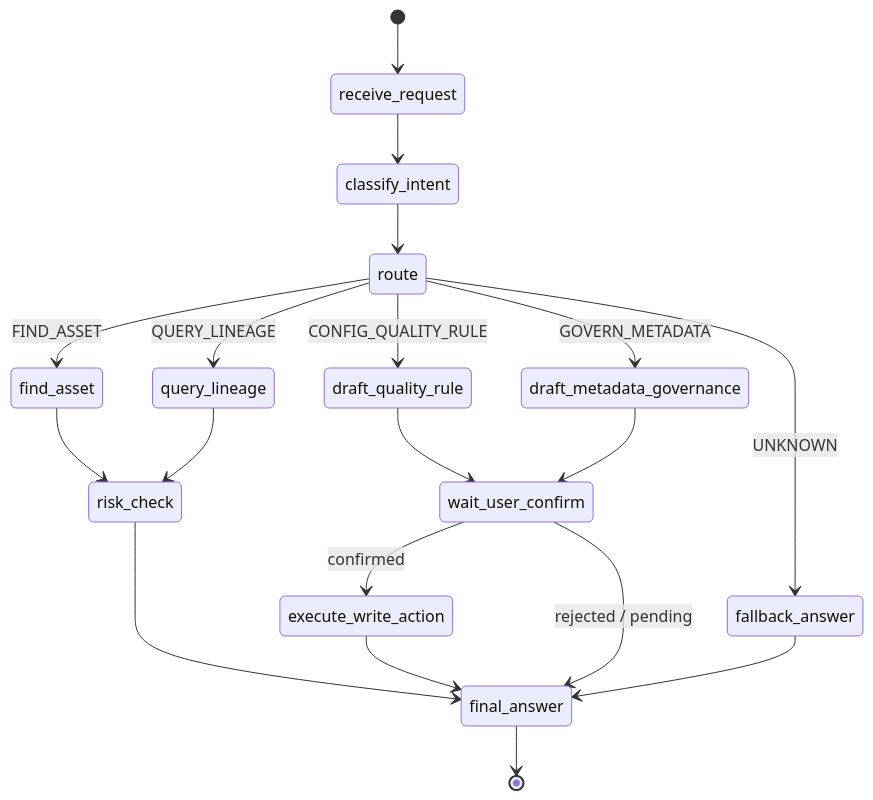
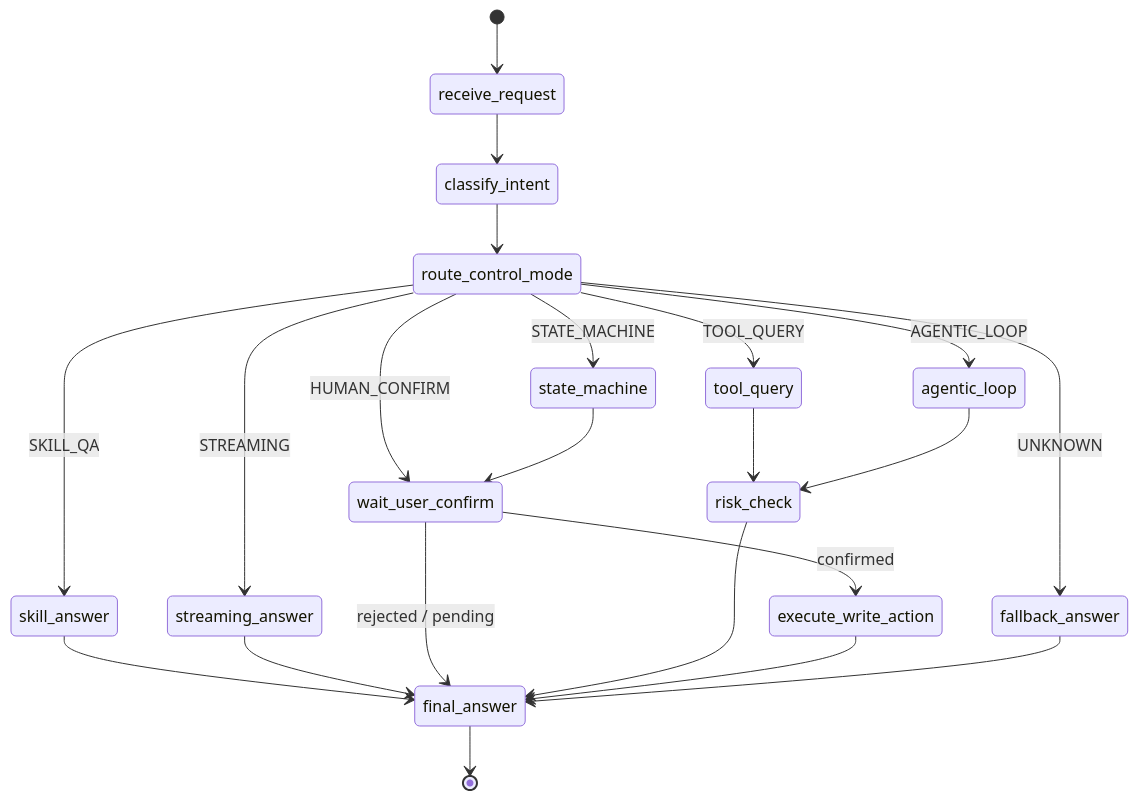
Before and after one commit to ShaneLiu001/dataasset: the fourth of 8 diagrams in 数据资产助手/06-架构设计/01-数据资产助手技术架构设计.md, drawn with Mermaid. The commit also changed other lines of this file and 11 other files, not shown here.

````diff
--- a/数据资产助手/06-架构设计/01-数据资产助手技术架构设计.md
+++ b/数据资产助手/06-架构设计/01-数据资产助手技术架构设计.md
@@ -200,25 +218,28 @@
 ```mermaid
 stateDiagram-v2
   [*] --> receive_request
   receive_request --> classify_intent
-  classify_intent --> route
+  classify_intent --> route_control_mode
 
-  route --> find_asset: FIND_ASSET
-  route --> query_lineage: QUERY_LINEAGE
-  route --> draft_quality_rule: CONFIG_QUALITY_RULE
-  route --> draft_metadata_governance: GOVERN_METADATA
-  route --> fallback_answer: UNKNOWN
+  route_control_mode --> skill_answer: SKILL_QA
+  route_control_mode --> tool_query: TOOL_QUERY
+  route_control_mode --> state_machine: STATE_MACHINE
+  route_control_mode --> agentic_loop: AGENTIC_LOOP
+  route_control_mode --> streaming_answer: STREAMING
+  route_control_mode --> wait_user_confirm: HUMAN_CONFIRM
+  route_control_mode --> fallback_answer: UNKNOWN
 
-  find_asset --> risk_check
-  query_lineage --> risk_check
-  draft_quality_rule --> wait_user_confirm
-  draft_metadata_governance --> wait_user_confirm
+  skill_answer --> final_answer
+  tool_query --> risk_check
+  agentic_loop --> risk_check
+  streaming_answer --> final_answer
+  state_machine --> wait_user_confirm
 
   wait_user_confirm --> execute_write_action: confirmed
   wait_user_confirm --> final_answer: rejected / pending
 
   risk_check --> final_answer
   execute_write_action --> final_answer
   fallback_answer --> final_answer
   final_answer --> [*]
 ```
````
